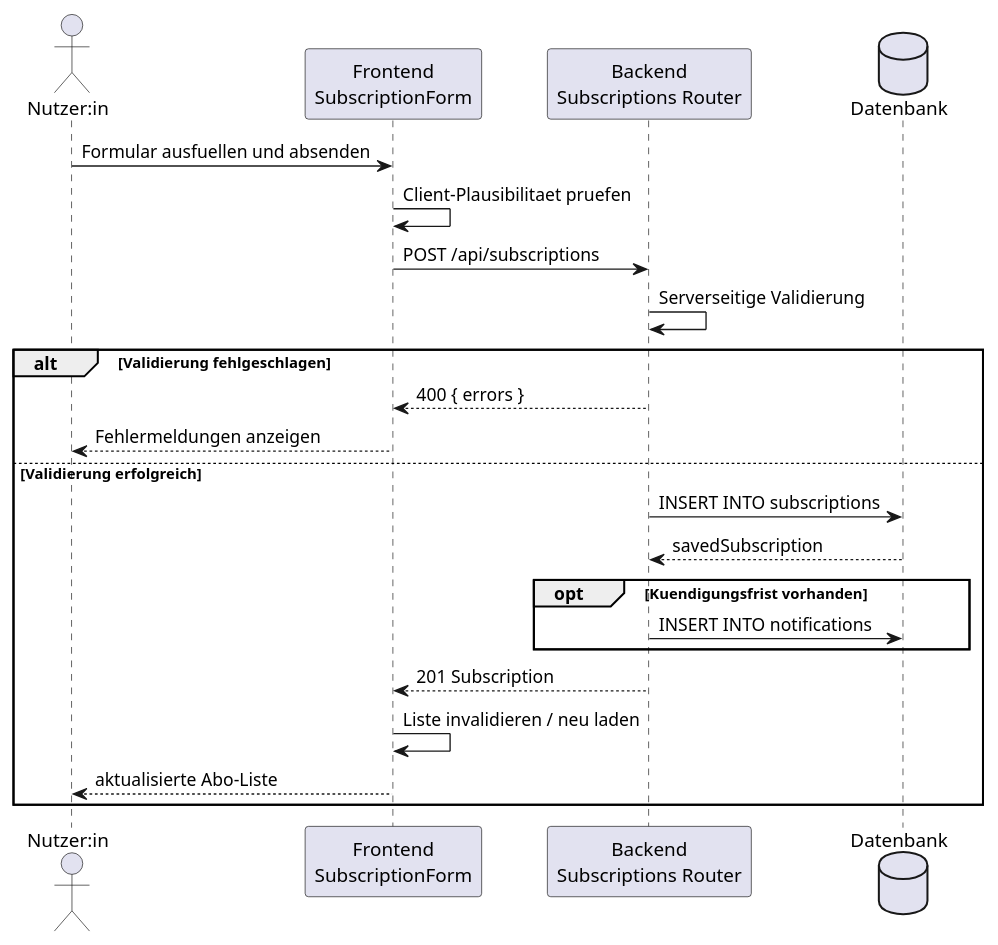
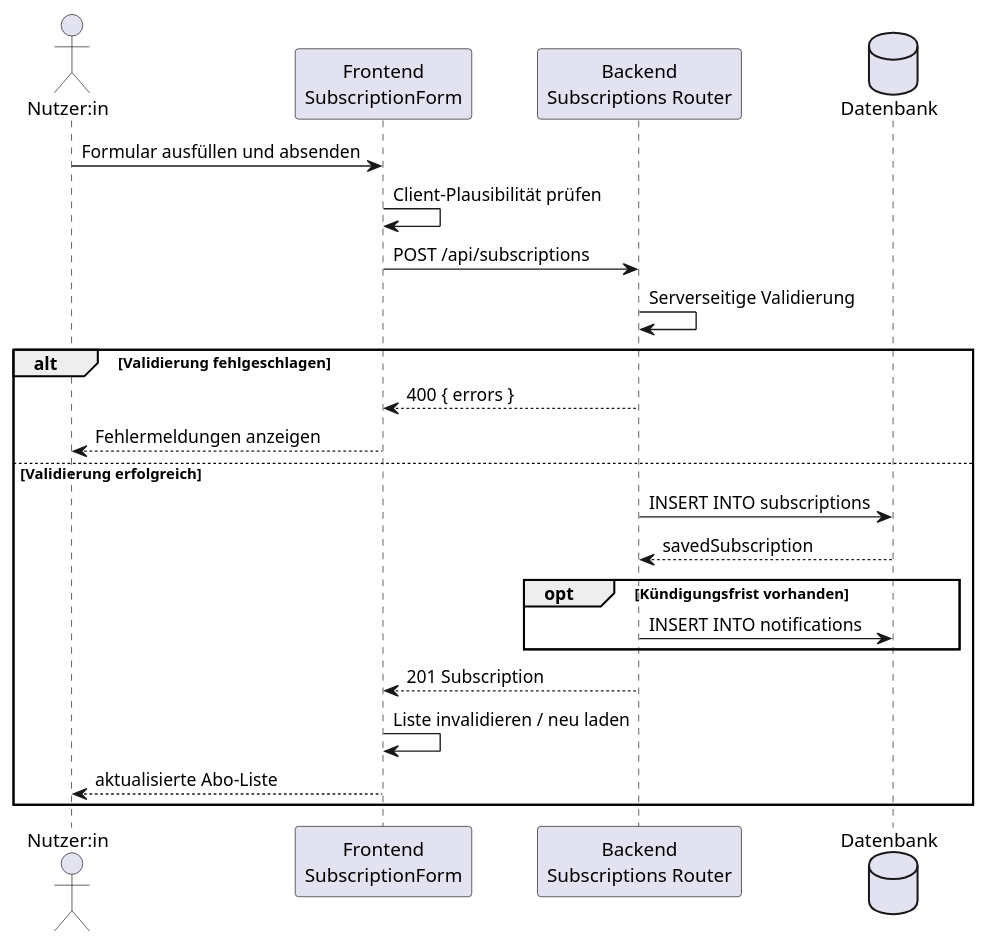
The fifth of 9 diagrams in docs/technical/design.adoc (momel13/SubscriptionGuard-E2), drawn with PlantUML before and after one commit. The commit also changed other lines of this file, not shown here.

```diff
--- a/docs/technical/design.adoc
+++ b/docs/technical/design.adoc
@@ -547,27 +544,27 @@
 [plantuml,sequence-create-subscription,svg]
 ----
 @startuml
 actor "Nutzer:in" as User
 participant "Frontend\nSubscriptionForm" as FE
 participant "Backend\nSubscriptions Router" as BE
 database "Datenbank" as DB
 
-User -> FE : Formular ausfuellen und absenden
-FE -> FE : Client-Plausibilitaet pruefen
+User -> FE : Formular ausfüllen und absenden
+FE -> FE : Client-Plausibilität prüfen
 FE -> BE : POST /api/subscriptions
 BE -> BE : Serverseitige Validierung
 alt Validierung fehlgeschlagen
   BE --> FE : 400 { errors }
   FE --> User : Fehlermeldungen anzeigen
 else Validierung erfolgreich
   BE -> DB : INSERT INTO subscriptions
   DB --> BE : savedSubscription
-  opt Kuendigungsfrist vorhanden
+  opt Kündigungsfrist vorhanden
     BE -> DB : INSERT INTO notifications
   end
   BE --> FE : 201 Subscription
   FE -> FE : Liste invalidieren / neu laden
   FE --> User : aktualisierte Abo-Liste
 end
 @enduml
 ----
```
